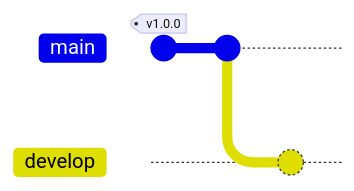
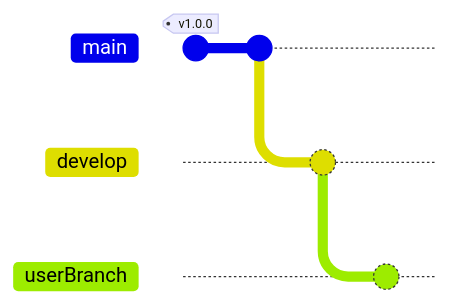
The second of 2 diagrams in README.md (TheNefelin/BootcApp), drawn with Mermaid before and after one commit. Commit ids are hidden.

Commit message:
Security in Grade List

````diff
--- a/README.md
+++ b/README.md
@@ -26,8 +26,11 @@
 ```mermaid
 gitGraph
     commit id: "init" tag: "v1.0.0"
-    commit id: "new develop"
+    commit
     branch develop
     checkout develop
+    commit id: "new develop branch"
+    branch userBranch
+    checkout userBranch
     commit id: "new user branch"
 ```
````
